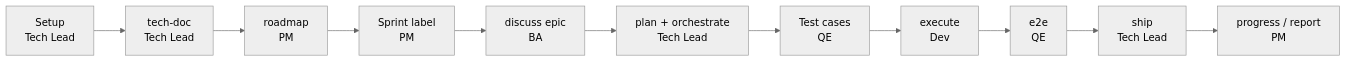
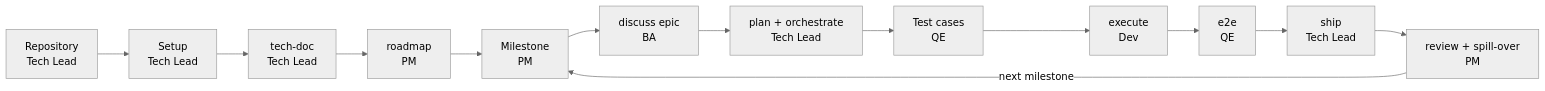
One commit to giangdhwhtbr/gin-workflow changed the diagram in docs/starters/brownfield-walkthrough.md. Above: the diagram before and after it, drawn with Mermaid (neutral theme). The commit also changed other lines of this file and 5 other files, not shown here.

Commit message:
docs(starters): Java JSP monorepo walkthrough with milestones and spill-over; repository strategy

````diff
--- a/docs/starters/brownfield-walkthrough.md
+++ b/docs/starters/brownfield-walkthrough.md
@@ -45,13 +58,15 @@
 ```mermaid
 flowchart LR
-  A["Setup<br/>Tech Lead"] --> B["tech-doc<br/>Tech Lead"]
+  R["Repository<br/>Tech Lead"] --> A["Setup<br/>Tech Lead"]
+  A --> B["tech-doc<br/>Tech Lead"]
   B --> C["roadmap<br/>PM"]
-  C --> D["Sprint label<br/>PM"]
+  C --> D["Milestone<br/>PM"]
   D --> E["discuss epic<br/>BA"]
   E --> F["plan + orchestrate<br/>Tech Lead"]
   F --> G["Test cases<br/>QE"]
   G --> H["execute<br/>Dev"]
   H --> I["e2e<br/>QE"]
   I --> J["ship<br/>Tech Lead"]
-  J --> K["progress / report<br/>PM"]
+  J --> K["review + spill-over<br/>PM"]
+  K -->|"next milestone"| D
 ```
````
